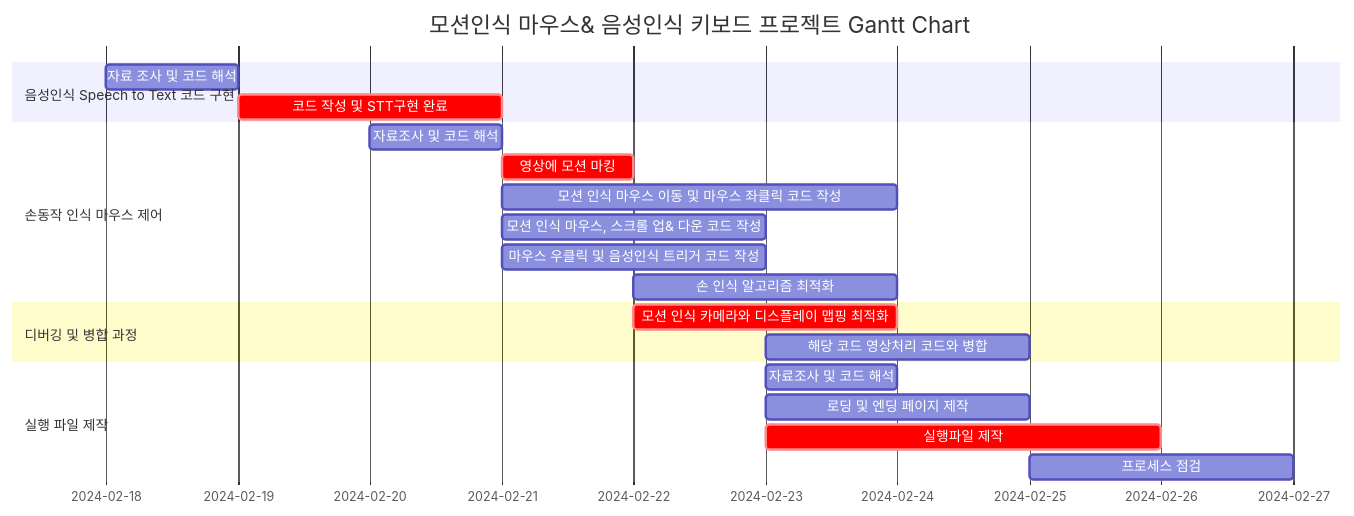
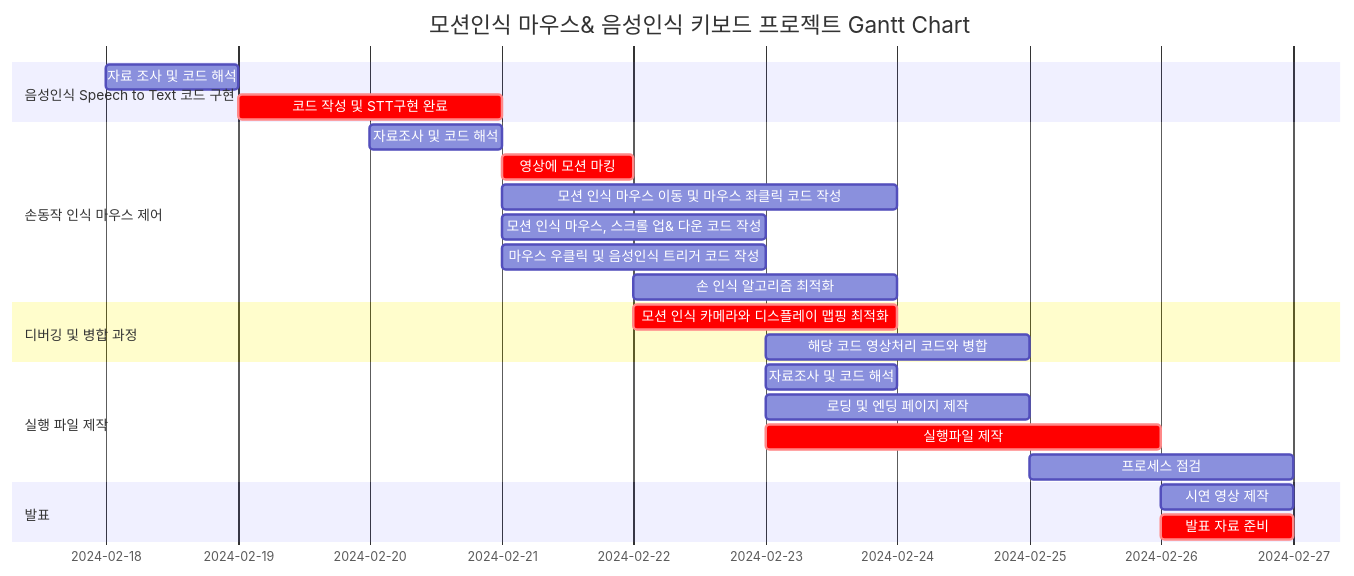
Before and after one commit to CodeMystero/motionKeyboardMouse: the diagram in README.md, drawn with Mermaid. The commit also changed other lines of this file, not shown here.

````diff
--- a/README.md
+++ b/README.md
@@ -72,28 +72,32 @@
 ```mermaid
 gantt
     dateFormat  MM-DD-YYYY
     title       모션인식 마우스& 음성인식 키보드 프로젝트 Gantt Chart
 	
 	section 음성인식 Speech to Text 코드 구현
 		자료 조사 및 코드 해석 :2024-02-18, 1d
                 코드 작성 및 STT구현 완료  :crit, 2024-02-19, 2d
 	
 	section 손동작 인식 마우스 제어
 		자료조사 및 코드 해석	: 2024-02-20, 1d
 		영상에 모션 마킹  :crit, 2024-02-21, 1d
 		모션 인식 마우스 이동 및 마우스 좌클릭 코드 작성 : 2024-02-21, 3d
 		모션 인식 마우스, 스크롤 업& 다운 코드 작성 : 2024-02-21, 2d
 		마우스 우클릭 및 음성인식 트리거 코드 작성  : 2024-02-21, 2d
 		손 인식 알고리즘 최적화 : 2024-02-22, 2d
 
 	section 디버깅 및 병합 과정
 		모션 인식 카메라와 디스플레이 맵핑 최적화 : crit, 2024-02-22, 2d
 		해당 코드 영상처리 코드와 병합 :2024-02-23, 2d
 
 	section 실행 파일 제작
 		자료조사 및 코드 해석 : 2024-02-23, 1d
 		로딩 및 엔딩 페이지 제작 : 2024-02-23, 2d
 		실행파일 제작 : crit, 2024-02-23, 3d
 		프로세스 점검 : cirt, 2024-02-25, 2d
 
+	section 발표
+		시연 영상 제작 : 2024-02-26, 1d
+		발표 자료 준비 : crit, 2024-02-26, 1d
+
 ```
````
